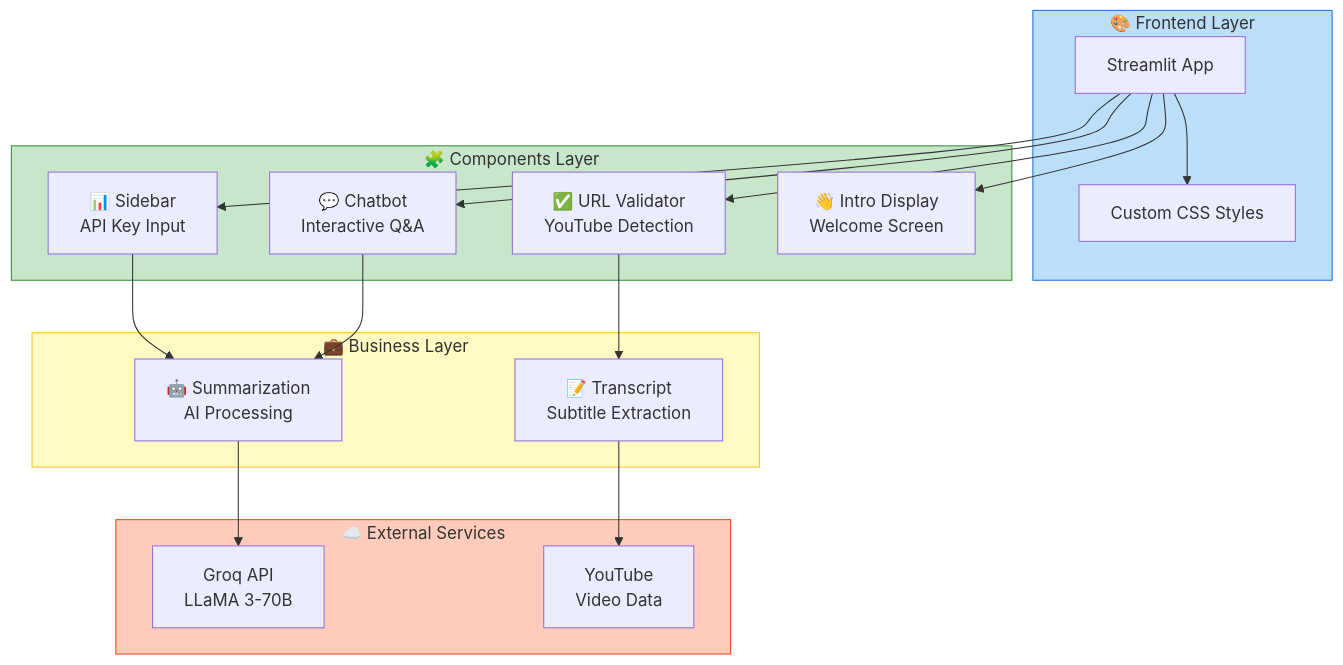
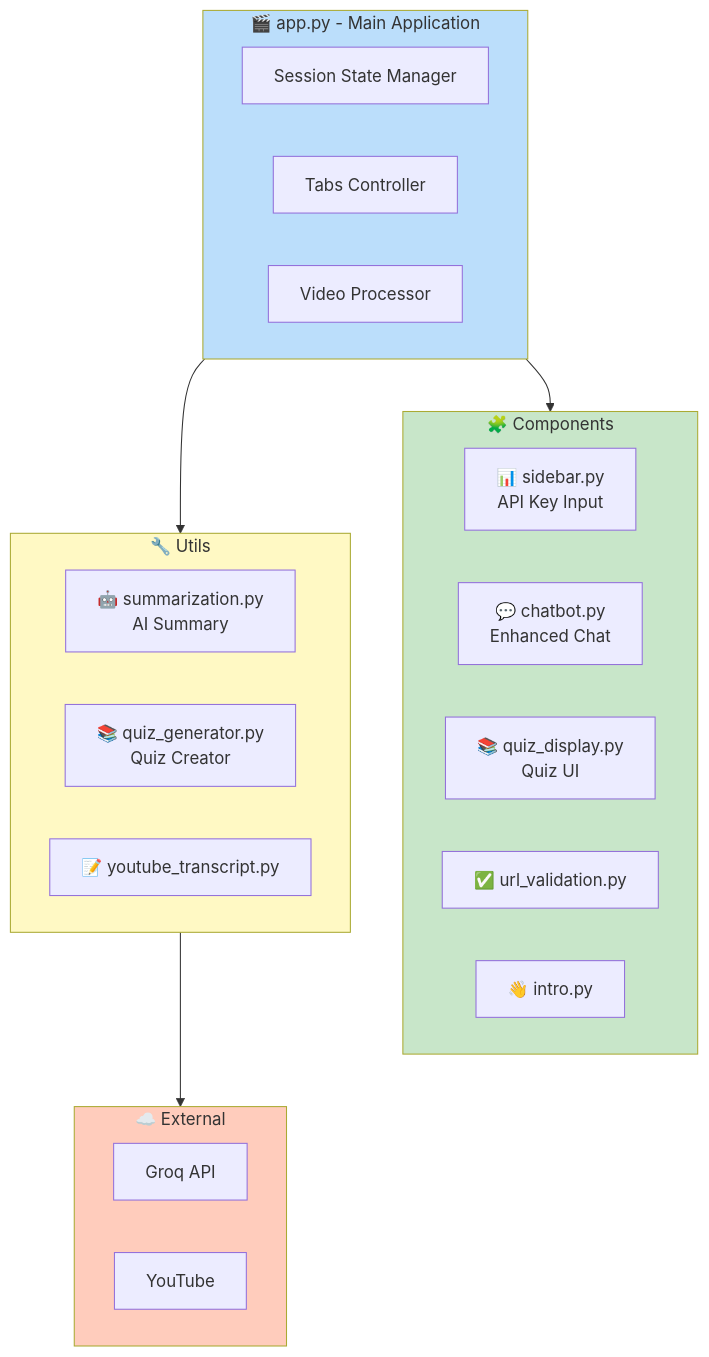
The second of 5 diagrams in README.md (phuc2502/sumarizer_youtube), drawn with Mermaid before and after one commit. The commit also changed other lines of this file, not shown here.

````diff
--- a/README.md
+++ b/README.md
@@ -129,37 +187,36 @@
 ```mermaid
 graph TB
-    subgraph Frontend["🎨 Frontend Layer"]
-        A[Streamlit App]
-        B[Custom CSS Styles]
+    subgraph App["🎬 app.py - Main Application"]
+        A1[Session State Manager]
+        A2[Tabs Controller]
+        A3[Video Processor]
     end
     
-    subgraph Components["🧩 Components Layer"]
-        C[📊 Sidebar<br/>API Key Input]
-        D[💬 Chatbot<br/>Interactive Q&A]
-        E[✅ URL Validator<br/>YouTube Detection]
-        F[👋 Intro Display<br/>Welcome Screen]
+    subgraph Components["🧩 Components"]
+        C1[📊 sidebar.py<br/>API Key Input]
+        C2[💬 chatbot.py<br/>Enhanced Chat]
+        C3[📚 quiz_display.py<br/>Quiz UI]
+        C4[✅ url_validation.py]
+        C5[👋 intro.py]
     end
     
-    subgraph Business["💼 Business Layer"]
-        G[🤖 Summarization<br/>AI Processing]
-        H[📝 Transcript<br/>Subtitle Extraction]
+    subgraph Utils["🔧 Utils"]
+        U1[🤖 summarization.py<br/>AI Summary]
+        U2[📚 quiz_generator.py<br/>Quiz Creator]
+        U3[📝 youtube_transcript.py]
     end
     
-    subgraph External["☁️ External Services"]
-        I[Groq API<br/>LLaMA 3-70B]
-        J[YouTube<br/>Video Data]
+    subgraph External["☁️ External"]
+        E1[Groq API]
+        E2[YouTube]
     end
     
-    A --> C & D & E & F
-    A --> B
-    C --> G
-    D --> G
-    G --> I
-    H --> J
-    E --> H
+    App --> Components
+    App --> Utils
+    Utils --> External
     
-    style Frontend fill:#bbdefb,stroke:#1976d2
-    style Components fill:#c8e6c9,stroke:#388e3c
-    style Business fill:#fff9c4,stroke:#fbc02d
-    style External fill:#ffccbc,stroke:#e64a19
+    style App fill:#bbdefb
+    style Components fill:#c8e6c9
+    style Utils fill:#fff9c4
+    style External fill:#ffccbc
 ```
````
